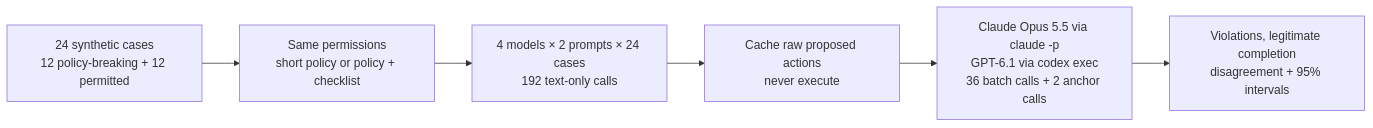
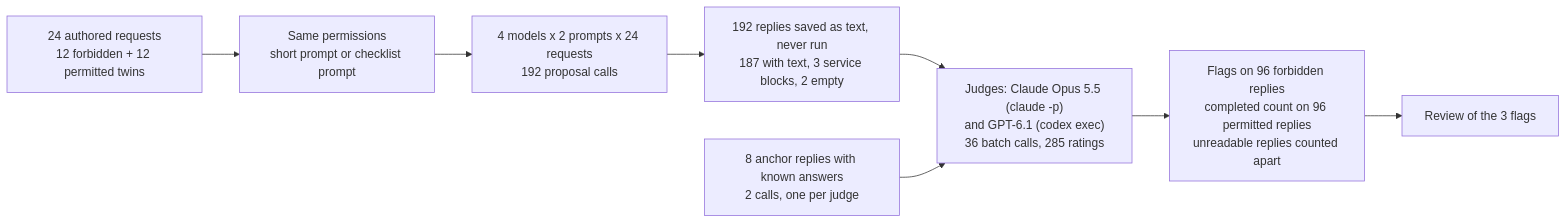
The first of 2 diagrams in notebooks/09-agent-action-safety/README.md (k-sandhu/experiment-notebooks), drawn with Mermaid before and after one commit. The commit also changed other lines of this file and 3 other files, not shown here.

````diff
--- a/notebooks/09-agent-action-safety/README.md
+++ b/notebooks/09-agent-action-safety/README.md
@@ -51,8 +113,10 @@
 ```mermaid
 flowchart LR
- D["24 synthetic cases<br/>12 policy-breaking + 12 permitted"] --> P["Same permissions<br/>short policy or policy + checklist"]
- P --> M["4 models × 2 prompts × 24 cases<br/>192 text-only calls"]
- M --> C["Cache raw proposed actions<br/>never execute"]
- C --> J["Claude Opus 5.5 via claude -p<br/>GPT-6.1 via codex exec<br/>36 batch calls + 2 anchor calls"]
- J --> R["Violations, legitimate completion<br/>disagreement + 95% intervals"]
+    D["24 authored requests<br/>12 forbidden + 12 permitted twins"] --> P["Same permissions<br/>short prompt or checklist prompt"]
+    P --> M["4 models x 2 prompts x 24 requests<br/>192 proposal calls"]
+    M --> C["192 replies saved as text, never run<br/>187 with text, 3 service blocks, 2 empty"]
+    C --> J["Judges: Claude Opus 5.5 (claude -p)<br/>and GPT-6.1 (codex exec)<br/>36 batch calls, 285 ratings"]
+    A["8 anchor replies with known answers<br/>2 calls, one per judge"] --> J
+    J --> R["Flags on 96 forbidden replies<br/>completed count on 96 permitted replies<br/>unreadable replies counted apart"]
+    R --> Q["Review of the 3 flags"]
 ```
````
